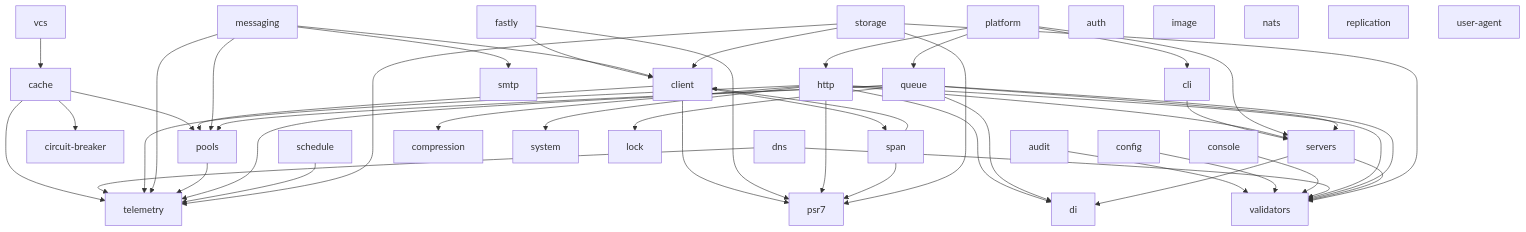
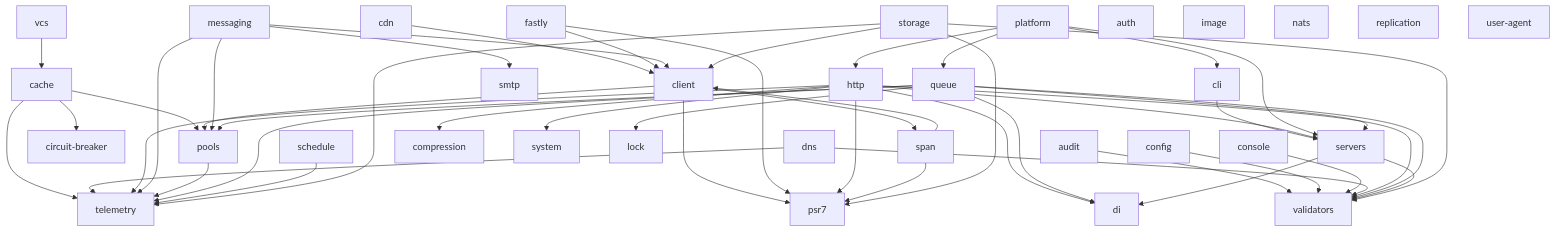
One commit to utopia-php/monorepo changed the diagram in README.md. Above: the diagram before and after it, drawn with Mermaid. The commit also changed 44 other files, not shown here.

````diff
--- a/README.md
+++ b/README.md
@@ -48,54 +48,55 @@
 ```mermaid
 graph TD
     audit --> validators
     cache --> circuit-breaker
     cache --> pools
     cache --> telemetry
+    cdn --> client
     cli --> servers
     client --> pools
     client --> psr7
     client --> span
     config --> validators
     console --> validators
     dns --> telemetry
     dns --> validators
     fastly --> client
     fastly --> psr7
     http --> di
     http --> servers
     http --> compression
     http --> psr7
     http --> telemetry
     http --> validators
     http --> system
     messaging --> client
     messaging --> pools
     messaging --> smtp
     messaging --> telemetry
     platform --> cli
     platform --> http
     platform --> queue
     platform --> servers
     pools --> telemetry
     queue --> di
     queue --> lock
     queue --> servers
     queue --> pools
     queue --> telemetry
     queue --> validators
     schedule --> telemetry
     servers --> di
     servers --> validators
     span --> client
     span --> psr7
     storage --> telemetry
     storage --> validators
     storage --> client
     storage --> psr7
     vcs --> cache
     auth
     image
     nats
     replication
     user-agent
 ```
````
